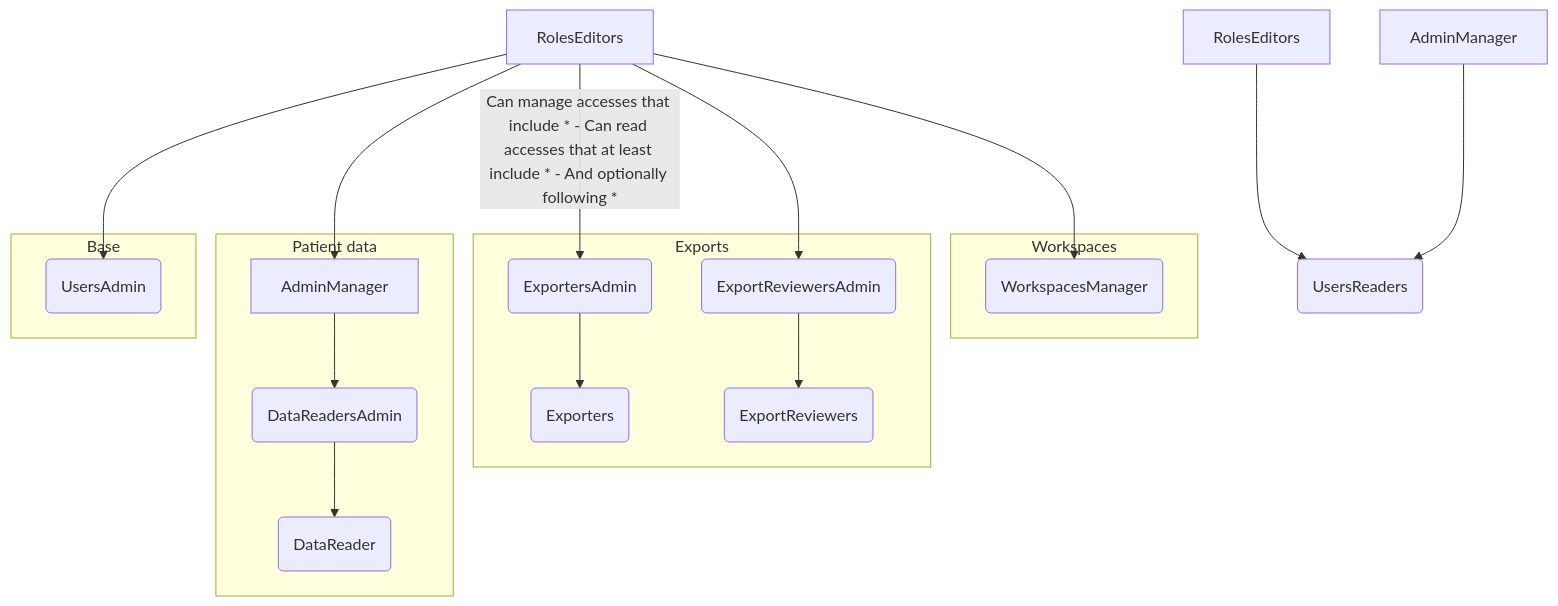
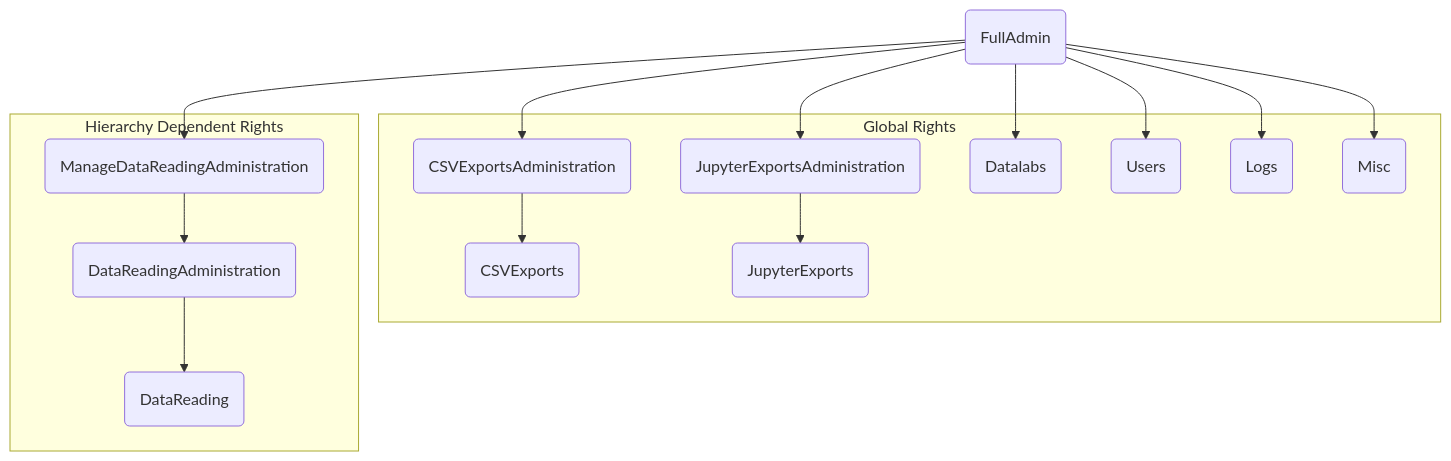
Before and after one commit to aphp/Cohort360-Back-end: the first of 2 diagrams in accesses/rights_schema.md, drawn with Mermaid. The commit also changed other lines of this file and 76 other files, not shown here.

Commit message:
refactor (accesses): better master accesses and rights (#301)

````diff
--- a/accesses/rights_schema.md
+++ b/accesses/rights_schema.md
@@ -84,44 +1,40 @@
 ```mermaid
   graph TD
-      A[RolesEditors]
-      B[AdminManager]
-      C(DataReadersAdmin)
-      D(DataReader)
+      A(FullAdmin)
+      
+      B(ManageDataReadingAdministration)
+      C(DataReadingAdministration)
+      D(DataReading)
 
-      I(ExportersAdmin)
-      J(Exporters)
+      E(CSVExportsAdministration)
+      F(CSVExports)
 
-      M(ExportReviewersAdmin)
-      N(ExportReviewers)
+      G(JupyterExportsAdministration)
+      H(JupyterExports)
 
-      U(WorkspacesManager)
-      Y(UsersAdmin)
-
-      A-->Y
-      subgraph "Base"
-      Y
+      I(Datalabs)
+      J(Users)
+      K(Logs)
+      L(Misc)
+      
+      A-->E
+      A-->G
+      A-->I
+      A-->J
+      A-->K
+      A-->L
+      subgraph "Global Rights"
+      G-->H
+      E-->F
+      I
+      J
+      K
+      L
       end
-
+      
       A-->B
-      subgraph "Patient data"
+      subgraph "Hierarchy Dependent Rights"
       B-->C
       C-->D      
-      end
-
-      A-- Can manage accesses that include * - Can read accesses that at least include * - And optionally following * -->I
-      A--> M
-      subgraph "Exports"
-      M-->N
-      I-->J
-      end
-
-      A-->U
-      subgraph "Workspaces"
-      U
-      end
-
-      
-      Z2(UsersReaders)
-      A2[RolesEditors]-->Z2
-      B2[AdminManager]-->Z2
+      end      
 ```
````
